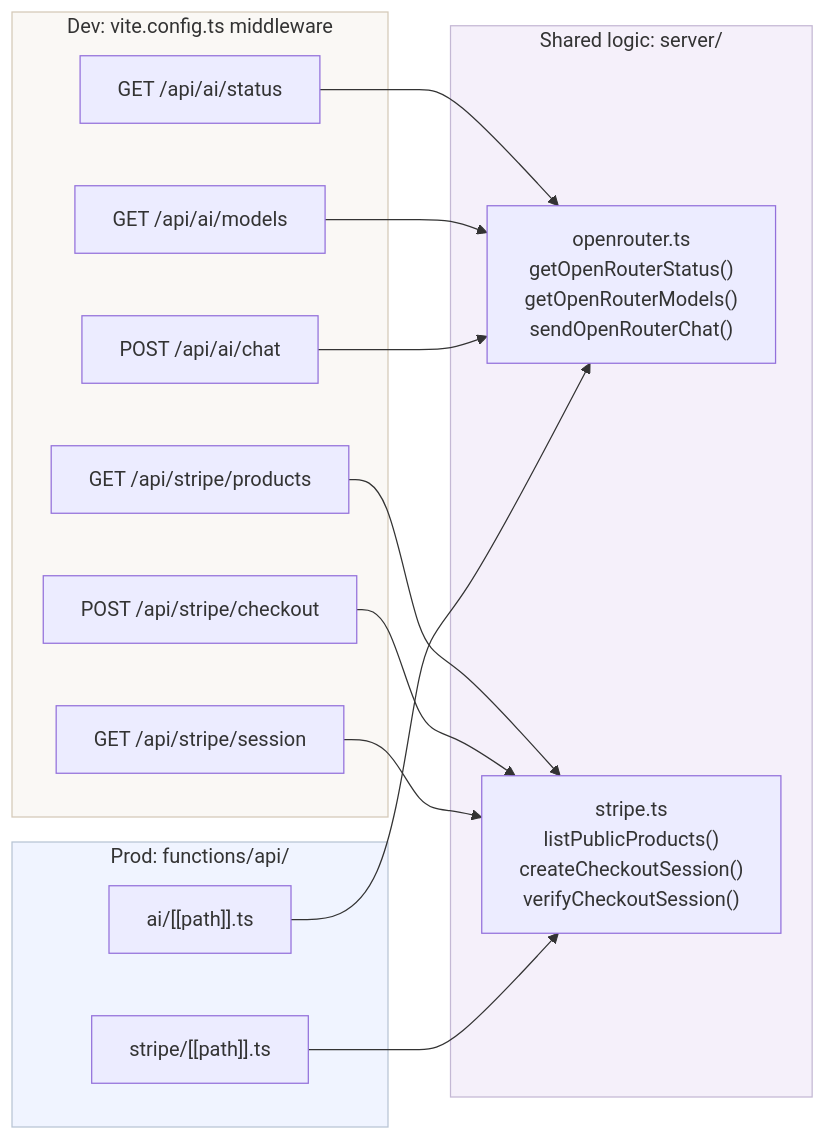
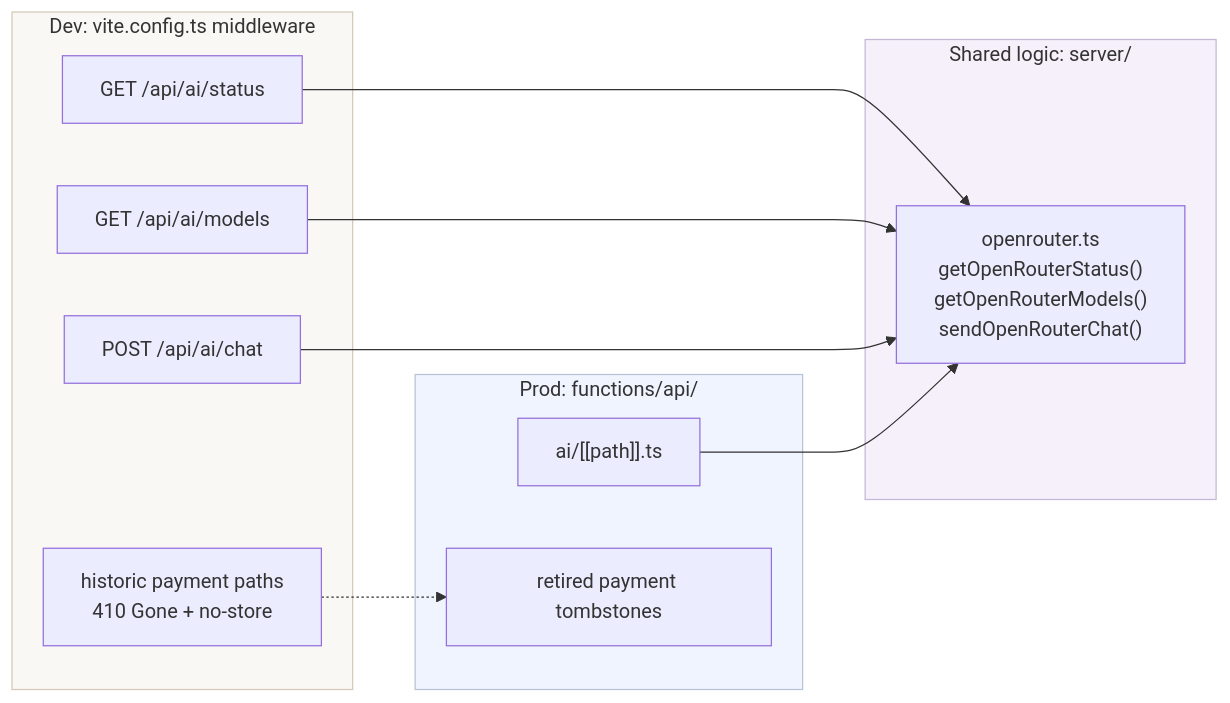
Before and after one commit to RazonIn4K/Mii-pixelart: the tenth of 12 diagrams in living-the-grid-studio/docs/architecture.md, drawn with Mermaid. The commit also changed other lines of this file and 38 other files, not shown here.

````diff
--- a/living-the-grid-studio/docs/architecture.md
+++ b/living-the-grid-studio/docs/architecture.md
@@ -458,30 +455,26 @@
 ```mermaid
 graph LR
     subgraph Dev["Dev: vite.config.ts middleware"]
         D1["GET /api/ai/status"]
         D2["GET /api/ai/models"]
         D3["POST /api/ai/chat"]
-        D4["GET /api/stripe/products"]
-        D5["POST /api/stripe/checkout"]
-        D6["GET /api/stripe/session"]
+        D4["historic payment paths<br/>410 Gone + no-store"]
     end
 
     subgraph Edge["Prod: functions/api/"]
         E1["ai/[[path]].ts"]
-        E2["stripe/[[path]].ts"]
+        E2["retired payment tombstones"]
     end
 
     subgraph Shared["Shared logic: server/"]
         OR["openrouter.ts\ngetOpenRouterStatus()\ngetOpenRouterModels()\nsendOpenRouterChat()"]
-        ST["stripe.ts\nlistPublicProducts()\ncreateCheckoutSession()\nverifyCheckoutSession()"]
     end
 
     D1 & D2 & D3 --> OR
-    D4 & D5 & D6 --> ST
     E1 --> OR
-    E2 --> ST
+    D4 -.-> E2
 
     style Dev fill:#faf8f5,stroke:#d4c9b8
     style Edge fill:#f0f4ff,stroke:#b8c4d4
     style Shared fill:#f5f0fa,stroke:#c4b8d4
 ```
````
